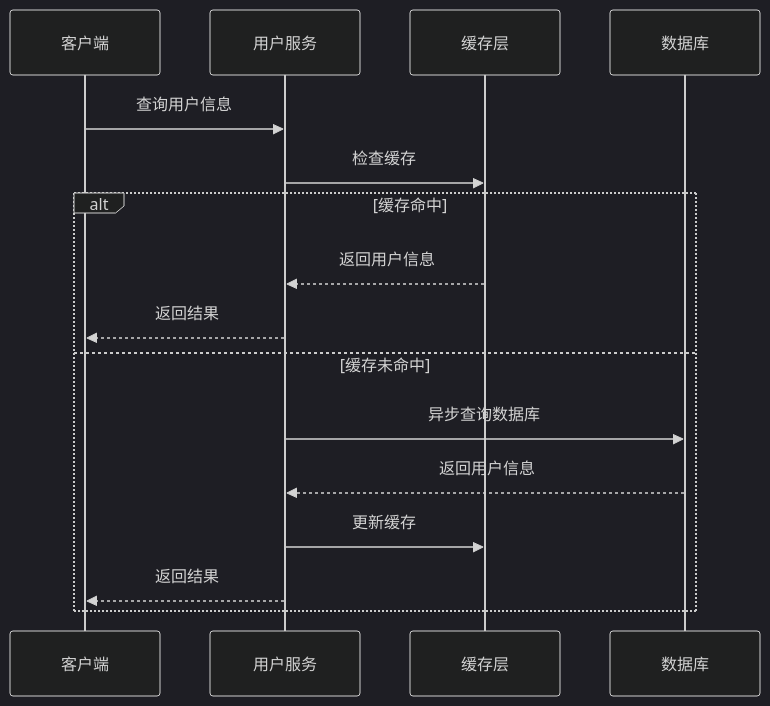
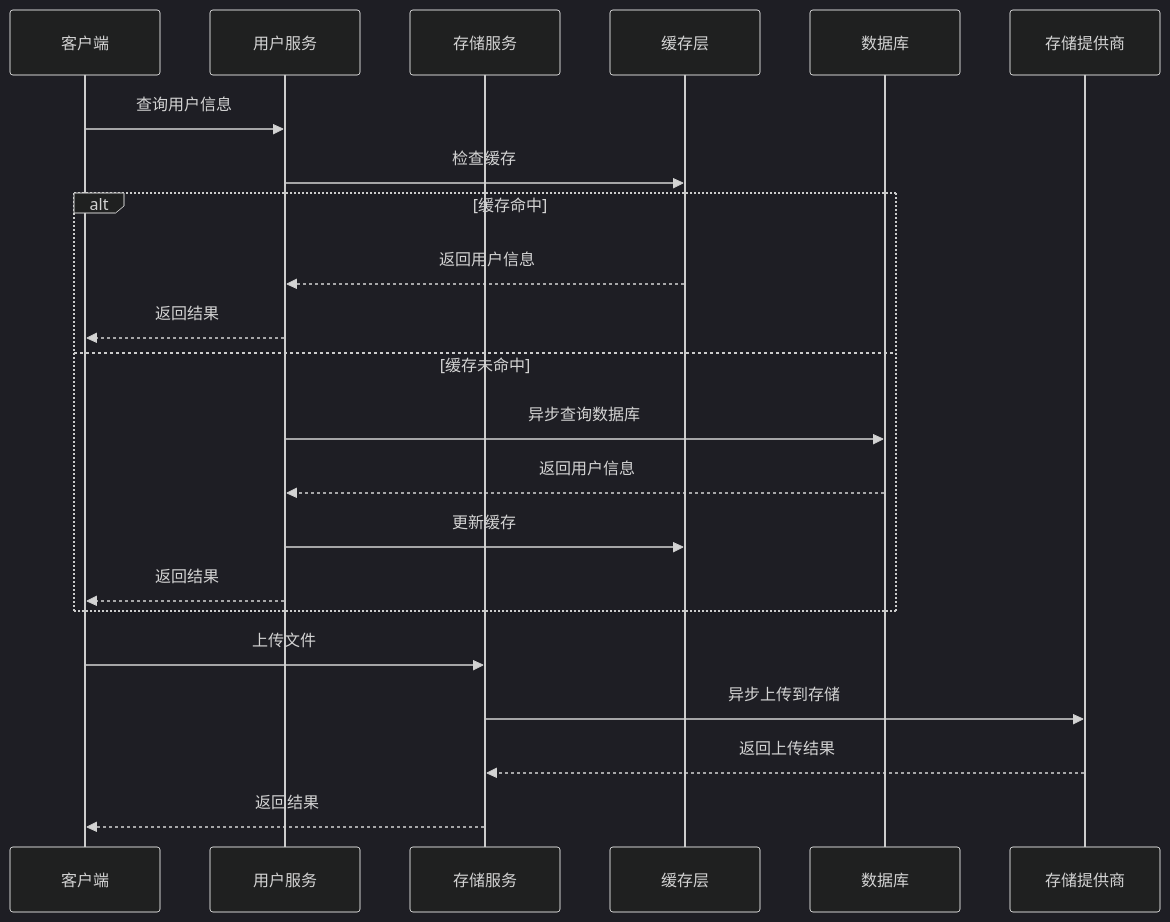
Before and after one commit to hutengqi/molly: diagram 13 of 13 in .qoder/repowiki/zh/content/扩展点和自定义.md, drawn with Mermaid (dark theme). The commit also changed other lines of this file and 3 other files, not shown here.

````diff
--- a/.qoder/repowiki/zh/content/扩展点和自定义.md
+++ b/.qoder/repowiki/zh/content/扩展点和自定义.md
@@ -365,18 +566,24 @@
 ```mermaid
 sequenceDiagram
 participant Client as 客户端
-participant Service as 用户服务
+participant UserService as 用户服务
+participant StorageService as 存储服务
 participant Cache as 缓存层
 participant DB as 数据库
-Client->>Service : 查询用户信息
-Service->>Cache : 检查缓存
+participant Storage as 存储提供商
+Client->>UserService : 查询用户信息
+UserService->>Cache : 检查缓存
 alt 缓存命中
-Cache-->>Service : 返回用户信息
-Service-->>Client : 返回结果
+Cache-->>UserService : 返回用户信息
+UserService-->>Client : 返回结果
 else 缓存未命中
-Service->>DB : 异步查询数据库
-DB-->>Service : 返回用户信息
-Service->>Cache : 更新缓存
-Service-->>Client : 返回结果
+UserService->>DB : 异步查询数据库
+DB-->>UserService : 返回用户信息
+UserService->>Cache : 更新缓存
+UserService-->>Client : 返回结果
 end
+Client->>StorageService : 上传文件
+StorageService->>Storage : 异步上传到存储
+Storage-->>StorageService : 返回上传结果
+StorageService-->>Client : 返回结果
 ```
````
